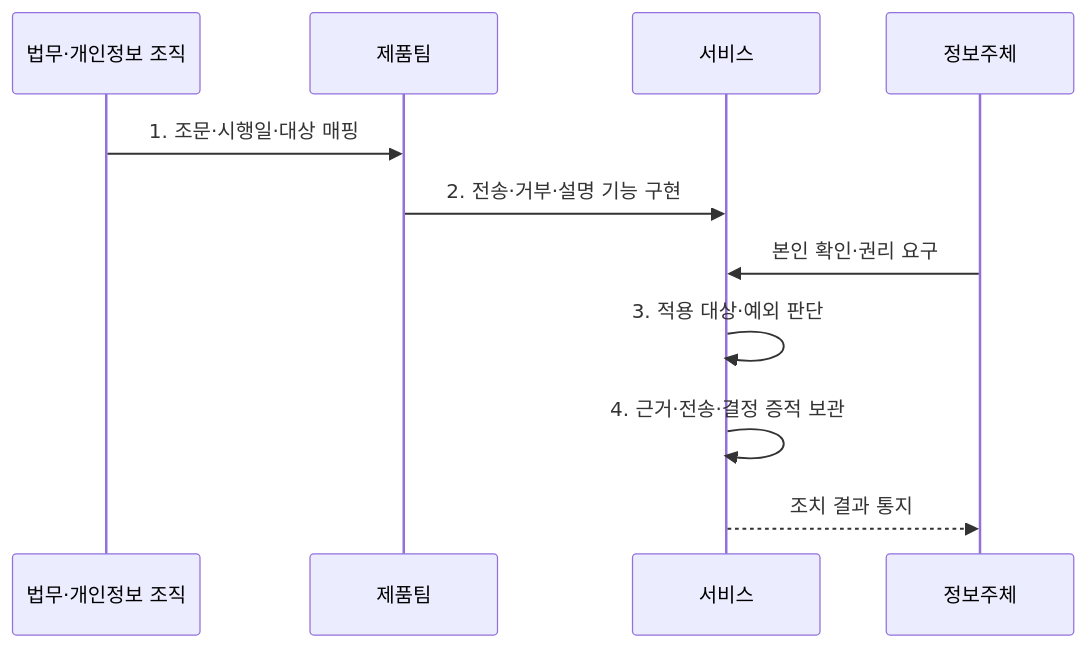
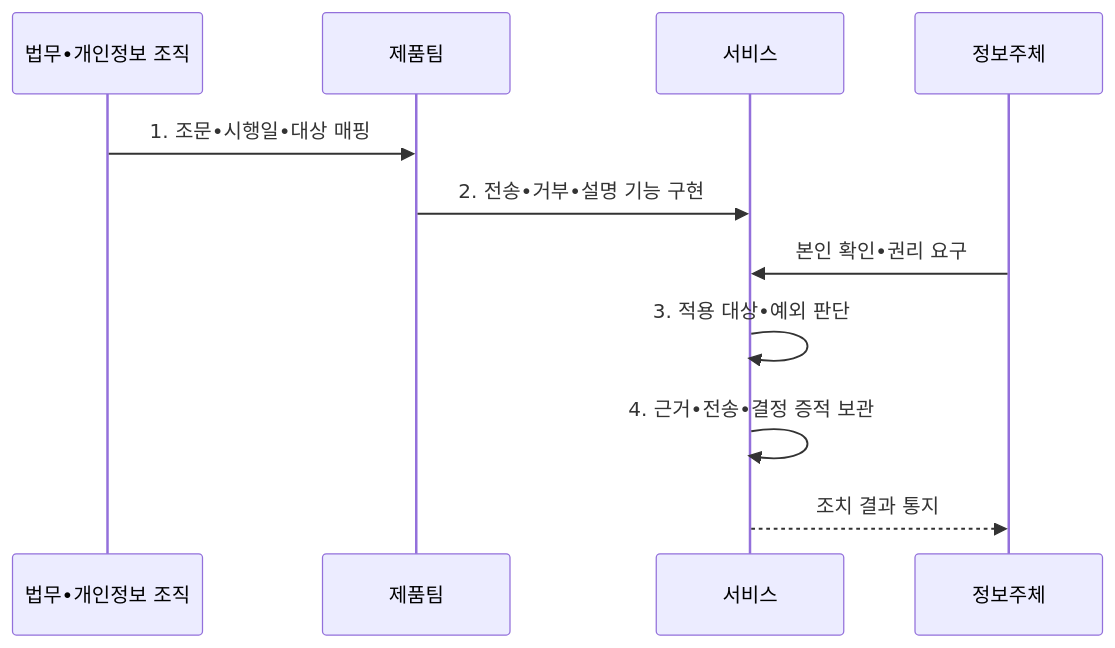
Before and after one commit to agnusdei1207/knowledge-base: the second of 2 diagrams in src/content/docs/notes/05-security/095_pipa_2023_amendment.md, drawn with Mermaid. The commit also changed other lines of this file and 953 other files, not shown here.

````diff
--- a/src/content/docs/notes/05-security/095_pipa_2023_amendment.md
+++ b/src/content/docs/notes/05-security/095_pipa_2023_amendment.md
@@ -98,13 +98,13 @@
 ```mermaid
 sequenceDiagram
-    participant L as 법무·개인정보 조직
+    participant L as 법무•개인정보 조직
     participant P as 제품팀
     participant S as 서비스
     participant U as 정보주체
-    L->>P: 1. 조문·시행일·대상 매핑
-    P->>S: 2. 전송·거부·설명 기능 구현
-    U->>S: 본인 확인·권리 요구
-    S->>S: 3. 적용 대상·예외 판단
-    S->>S: 4. 근거·전송·결정 증적 보관
+    L->>P: 1. 조문•시행일•대상 매핑
+    P->>S: 2. 전송•거부•설명 기능 구현
+    U->>S: 본인 확인•권리 요구
+    S->>S: 3. 적용 대상•예외 판단
+    S->>S: 4. 근거•전송•결정 증적 보관
     S-->>U: 조치 결과 통지
 ```
````
